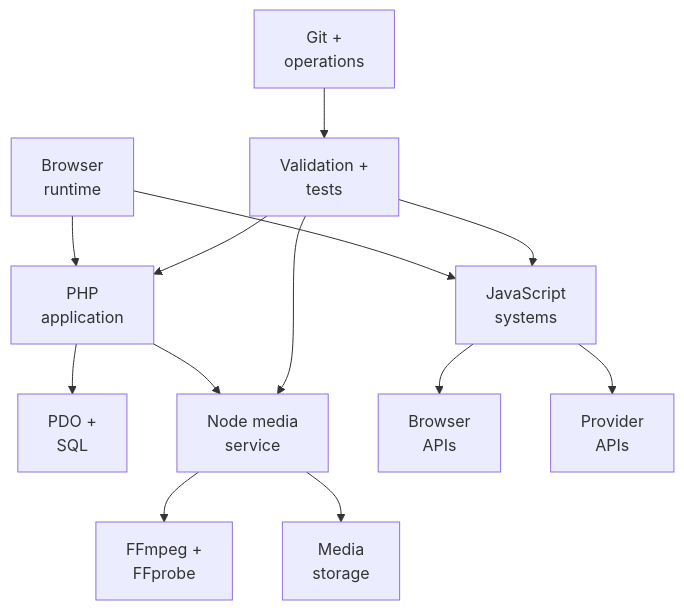
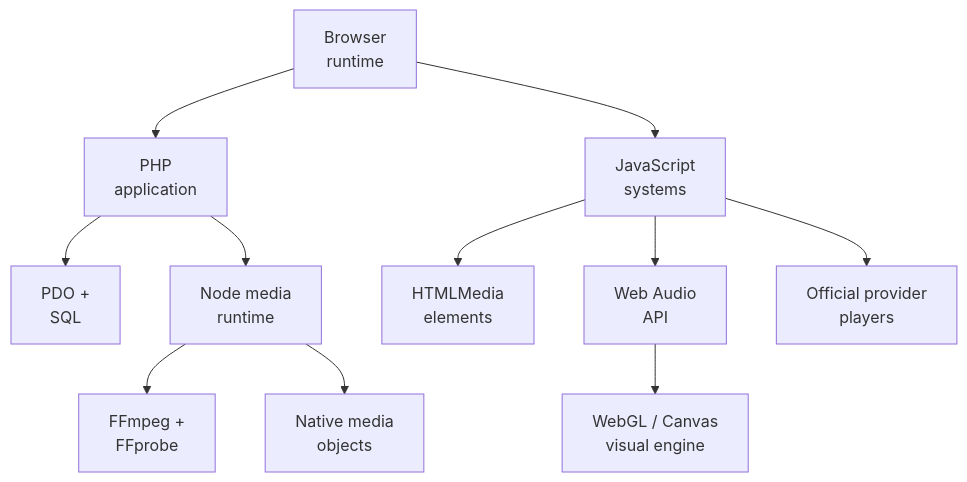
The diagram in docs/TECHNOLOGY.md (wilderruiz/millenova-project), drawn with Mermaid before and after one commit. The commit also changed other lines of this file, not shown here.

Commit message:
docs: update technology map for audio genome and stage-family architecture

````diff
--- a/docs/TECHNOLOGY.md
+++ b/docs/TECHNOLOGY.md
@@ -18,20 +14,17 @@
 ```mermaid
 flowchart TD
     BROWSER["Browser<br/>runtime"] --> PHP["PHP<br/>application"]
     BROWSER --> JS["JavaScript<br/>systems"]
 
     PHP --> SQL["PDO +<br/>SQL"]
-    PHP --> NODE["Node media<br/>service"]
+    PHP --> NODE["Node media<br/>runtime"]
 
-    NODE --> MEDIA["FFmpeg +<br/>FFprobe"]
-    NODE --> STORAGE["Media<br/>storage"]
+    NODE --> FFMPEG["FFmpeg +<br/>FFprobe"]
+    NODE --> MEDIA["Native media<br/>objects"]
 
-    JS --> WEBAPI["Browser<br/>APIs"]
-    JS --> PROVIDERS["Provider<br/>APIs"]
+    JS --> HTMLMEDIA["HTMLMedia<br/>elements"]
+    JS --> WEBAUDIO["Web Audio<br/>API"]
+    WEBAUDIO --> VIS["WebGL / Canvas<br/>visual engine"]
 
-    VERIFY["Validation +<br/>tests"] --> PHP
-    VERIFY --> JS
-    VERIFY --> NODE
-
-    OPS["Git +<br/>operations"] --> VERIFY
+    JS --> PROVIDERS["Official provider<br/>players"]
 ```
````
